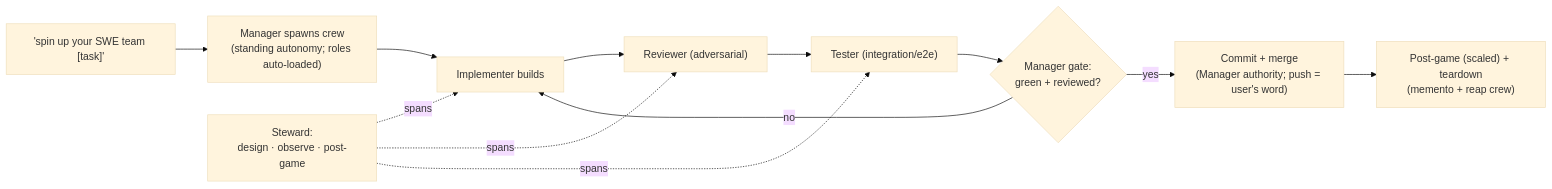
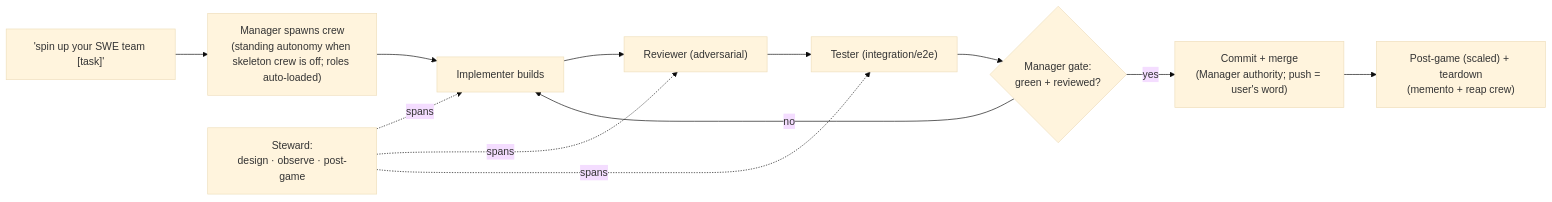
Before and after one commit to deepily/planning-is-prompting: the diagram in workflow/swe-team-spin-up.md, drawn with Mermaid (base theme). The commit also changed other lines of this file and 221 other files, not shown here.

````diff
--- a/workflow/swe-team-spin-up.md
+++ b/workflow/swe-team-spin-up.md
@@ -79,14 +79,14 @@
 ```mermaid
 flowchart LR
-    D["'spin up your SWE team [task]'"] --> M["Manager spawns crew<br/>(standing autonomy; roles auto-loaded)"]
+    D["'spin up your SWE team [task]'"] --> M["Manager spawns crew<br/>(standing autonomy when skeleton crew is off; roles auto-loaded)"]
     M --> I["Implementer builds"]
     I --> R["Reviewer (adversarial)"]
     R --> T["Tester (integration/e2e)"]
     T --> G{"Manager gate:<br/>green + reviewed?"}
     G -- no --> I
     G -- yes --> C["Commit + merge<br/>(Manager authority; push = user's word)"]
     S["Steward:<br/>design · observe · post-game"] -. spans .-> I
     S -. spans .-> R
     S -. spans .-> T
     C --> PG["Post-game (scaled) + teardown<br/>(memento + reap crew)"]
 ```
````
